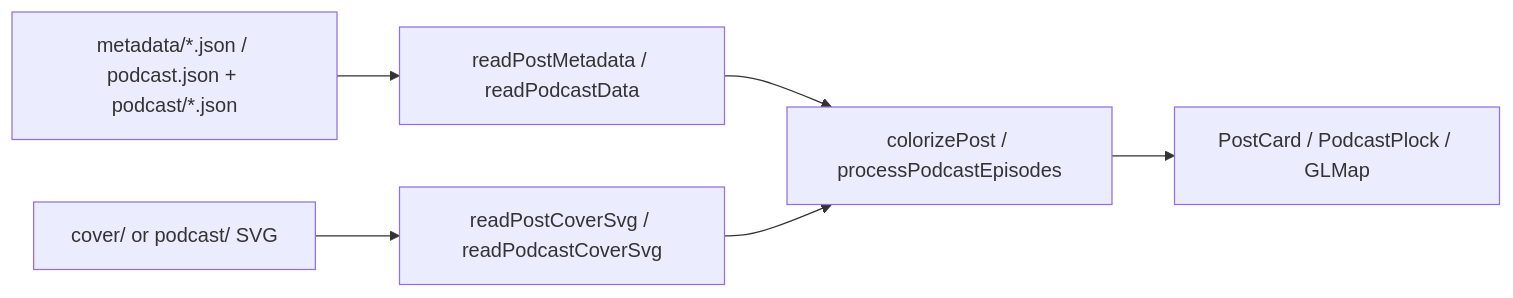
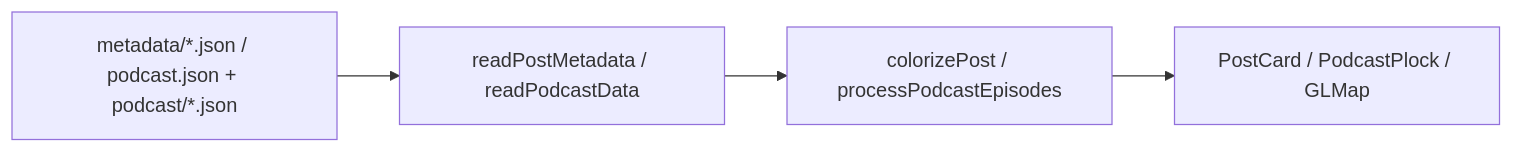
The diagram in .agents/skills/generated-content/SKILL.md (gongbaodd/blog.gongbushang.com), drawn with Mermaid before and after one commit. The commit also changed other lines of this file and 27 other files, not shown here.

````diff
--- a/.agents/skills/generated-content/SKILL.md
+++ b/.agents/skills/generated-content/SKILL.md
@@ -130,8 +133,6 @@
 ```mermaid
 flowchart LR
   JSON[metadata/*.json / podcast.json + podcast/*.json] --> Reader[readPostMetadata / readPodcastData]
-  SVG[cover/ or podcast/ SVG] --> Reader2[readPostCoverSvg / readPodcastCoverSvg]
   Reader --> Transform[colorizePost / processPodcastEpisodes]
-  Reader2 --> Transform
   Transform --> UI[PostCard / PodcastPlock / GLMap]
 ```
````
